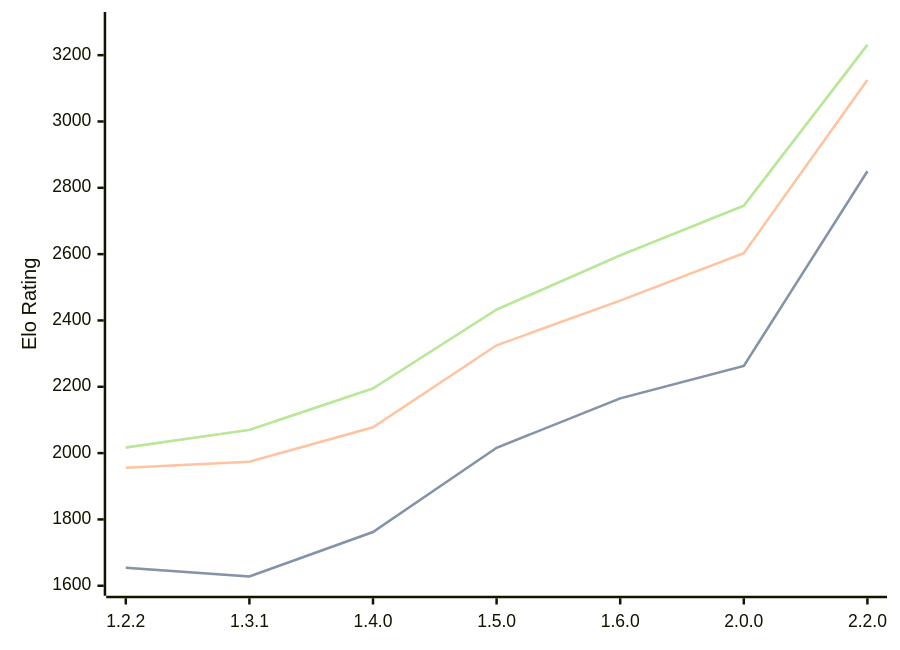
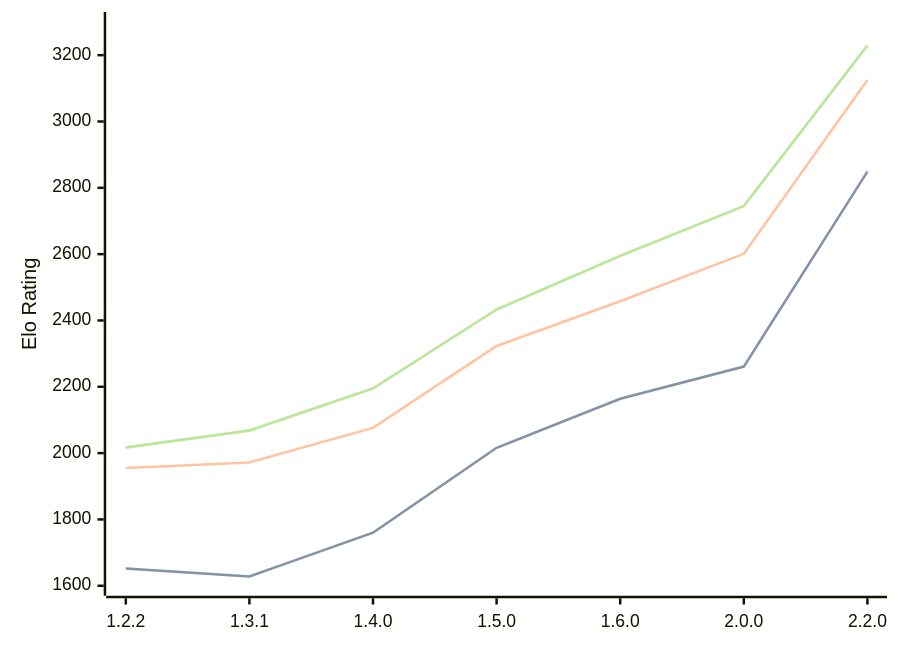
Before and after one commit to computer-chess-index/cci: the diagram in engines/SoloEngine.md, drawn with Mermaid. The commit also changed other lines of this file, not shown here.

Commit message:
Update CCI Ratings (ELO VLTC) - 2026-08-04

````diff
--- a/engines/SoloEngine.md
+++ b/engines/SoloEngine.md
@@ -38,11 +38,11 @@
 ```mermaid
 %%{init: {"theme":"base","themeVariables":{"seriesColors:['#a3a3a3','#222221','#faa371']}}}%%
 xychart-beta
   x-axis ["1.2.2", "1.3.1", "1.4.0", "1.5.0", "1.6.0", "2.0.0", "2.2.0"]
   y-axis "Elo Rating" 1600 --> 3300
-  line "STC (8.0+0.08s)" [1654, 1628, 1762, 2016, 2165, 2263, 2850]
-  line "STC (8.0+0.08s)" [1654, 1628, 1762, 2016, 2165, 2263, 2850]
-  line "LTC (60.0+0.60s)" [1956, 1974, 2078, 2325, 2460, 2603, 3125]
-  line "VLTC (2m24s+1.12s)" [2017, 2070, 2195, 2433, 2596, 2746, 3231]
-  line "VLTC (2m24s+1.12s)" [2017, 2070, 2195, 2433, 2596, 2746, 3231]
+  line "STC (8.0+0.08s)" [1652, 1628, 1760, 2016, 2164, 2261, 2849]
+  line "STC (8.0+0.08s)" [1652, 1628, 1760, 2016, 2164, 2261, 2849]
+  line "LTC (60.0+0.60s)" [1955, 1972, 2076, 2323, 2458, 2601, 3125]
+  line "VLTC (2m24s+1.12s)" [2017, 2068, 2195, 2433, 2595, 2745, 3229]
+  line "VLTC (2m24s+1.12s)" [2017, 2068, 2195, 2433, 2595, 2745, 3229]
 ```
````
